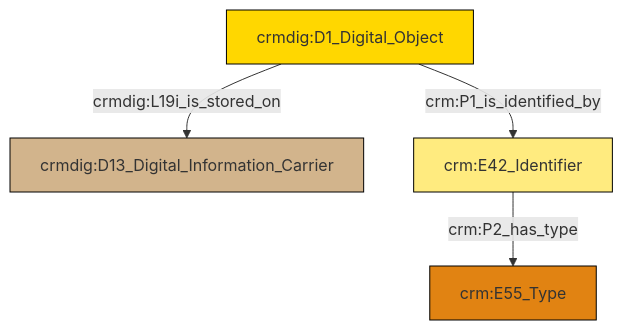
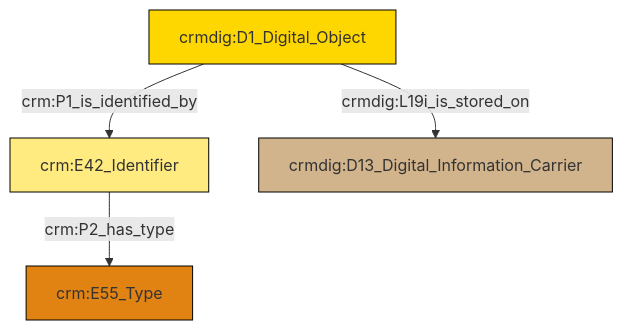
Before and after one commit to swiss-art-research-net/reference-data-models: the diagram in et/doCSV/ttl/mmd/do_location.ttl.mmd, drawn with Mermaid. The commit also changed 128 other files, not shown here.

```diff
--- a/et/doCSV/ttl/mmd/do_location.ttl.mmd
+++ b/et/doCSV/ttl/mmd/do_location.ttl.mmd
@@ -1,18 +1,18 @@
 graph TD
 classDef Literal fill:#f2f2f2,stroke:#000000;
 classDef CRM_Entity fill:#FFFFFF,stroke:#000000;
 classDef Temporal_Entity fill:#00C9E6, stroke:#000000;
 classDef Type fill:#E18312, stroke:#000000;
 classDef Time-Span fill:#2C9C91, stroke:#000000;
 classDef Appellation fill:#FFEB7F, stroke:#000000;
 classDef Place fill:#008836, stroke:#000000;
 classDef Persistent_Item fill:#B266B2, stroke:#000000;
 classDef Conceptual_Object fill:#FFD700, stroke:#000000;
 classDef Physical_Thing fill:#D2B48C, stroke:#000000;
 classDef Actor fill:#f58aad, stroke:#000000;
 classDef PC_Classes fill:#4ce600, stroke:#000000;
 classDef Multi fill:#cccccc,stroke:#000000;
 
-4["crmdig:D1_Digital_Object"]:::Conceptual_Object -->|crm:P1_is_identified_by| 6["crm:E42_Identifier"]:::Appellation
-4["crmdig:D1_Digital_Object"]:::Conceptual_Object -->|crmdig:L19i_is_stored_on| 0["crmdig:D13_Digital_Information_Carrier"]:::Physical_Thing
-6["crm:E42_Identifier"]:::Appellation -->|crm:P2_has_type| 2["crm:E55_Type"]:::Type
+0["crm:E42_Identifier"]:::Appellation -->|crm:P2_has_type| 1["crm:E55_Type"]:::Type
+5["crmdig:D1_Digital_Object"]:::Conceptual_Object -->|crmdig:L19i_is_stored_on| 3["crmdig:D13_Digital_Information_Carrier"]:::Physical_Thing
+5["crmdig:D1_Digital_Object"]:::Conceptual_Object -->|crm:P1_is_identified_by| 0["crm:E42_Identifier"]:::Appellation
```
